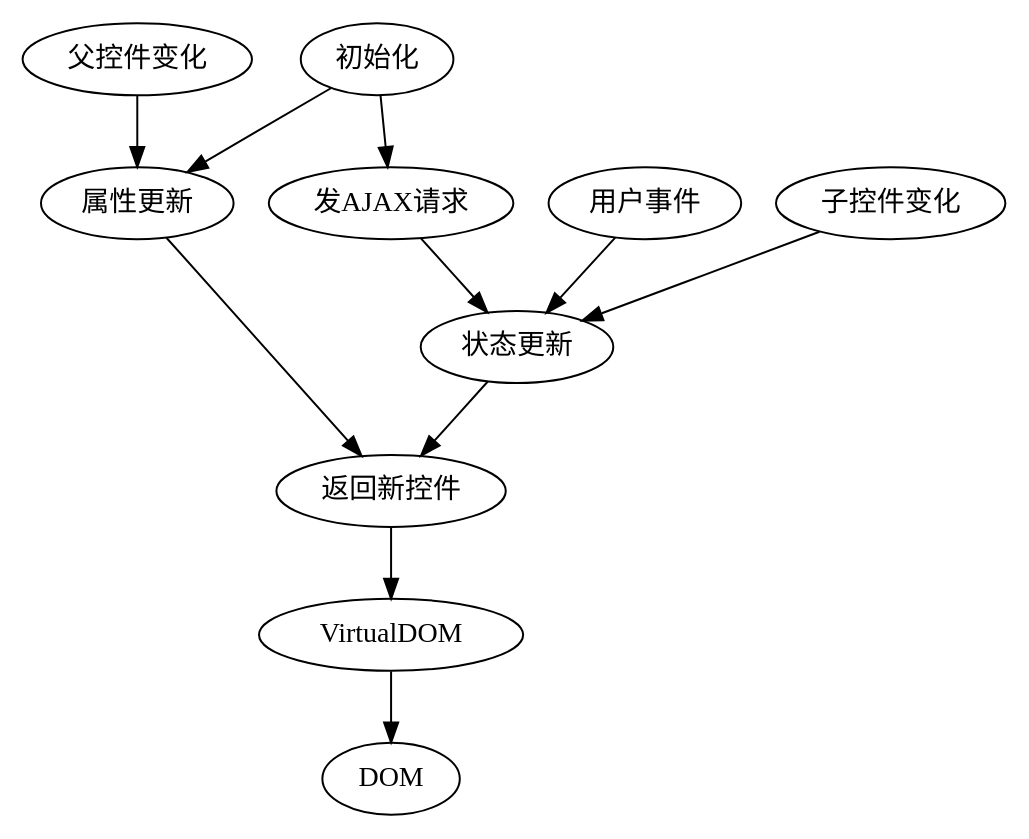
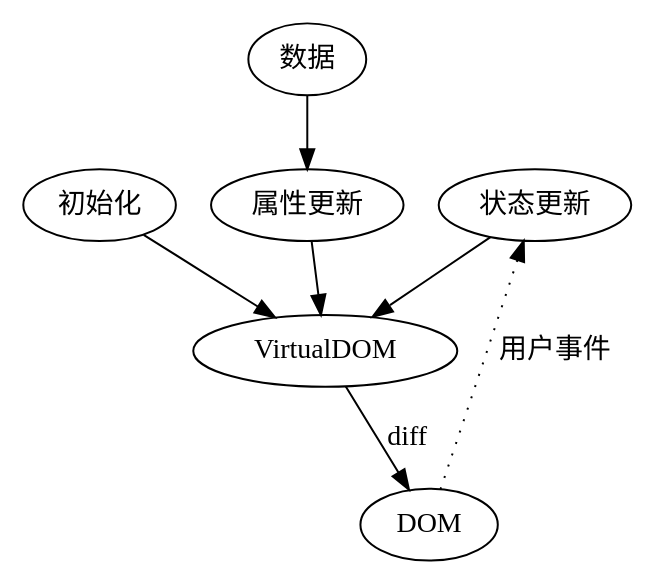
One commit to jcouyang/clojure-flavored-javascript changed the fifth of 5 diagrams in book/zh/第二章.org. Above: the diagram before and after it, drawn with Graphviz. The commit also changed other lines of this file and 17 other files, not shown here.

```diff
--- a/book/zh/第二章.org
+++ b/book/zh/第二章.org
@@ -439,13 +659,10 @@
 #+BEGIN_SRC dot :file images/react-flow.png :exports results
 digraph{
-状态更新 -> 返回新控件
-用户事件 -> 状态更新
-初始化 -> 属性更新 
-属性更新-> 返回新控件
-初始化 -> 发AJAX请求
-发AJAX请求 -> 状态更新
-子控件变化 -> 状态更新
-父控件变化 -> 属性更新
-返回新控件 -> VirtualDOM -> DOM
+{ rank = same; "初始化";"属性更新";"状态更新"; }
+数据 -> 属性更新-> VirtualDOM
+初始化 -> VirtualDOM
+状态更新 -> VirtualDOM
+VirtualDOM -> DOM [label=diff]
+DOM -> 状态更新 [label=用户事件, style=dotted]
 }
 #+END_SRC
```
